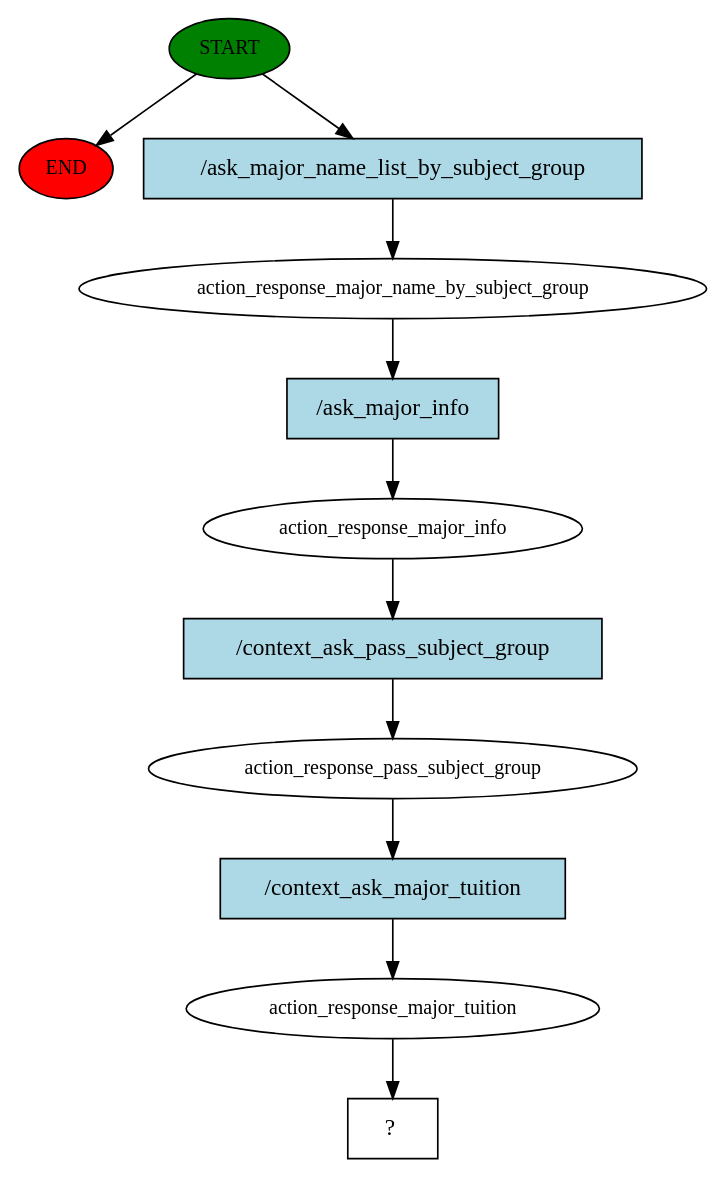
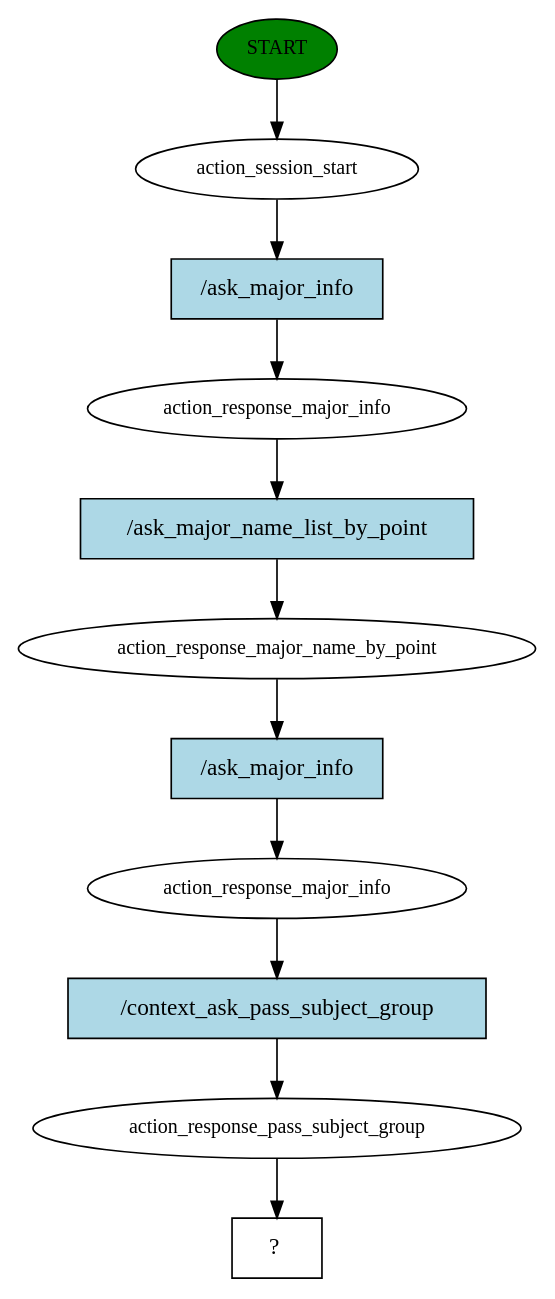
Before and after one commit to Jester6136/Edubot: the diagram in story_graph.dot, drawn with Graphviz. The commit also changed 6 other files, not shown here.

```diff
--- a/story_graph.dot
+++ b/story_graph.dot
@@ -1,23 +1,23 @@
 digraph  {
 0 [class="start active", fillcolor=green, fontsize=12, label=START, style=filled];
-"-1" [class=end, fillcolor=red, fontsize=12, label=END, style=filled];
-1 [class=active, fontsize=12, label=action_response_major_name_by_subject_group];
+1 [class=active, fontsize=12, label=action_session_start];
 2 [class=active, fontsize=12, label=action_response_major_info];
-3 [class=active, fontsize=12, label=action_response_pass_subject_group];
-4 [class=active, fontsize=12, label=action_response_major_tuition];
-5 [class="intent dashed active", label="  ?  ", shape=rect];
-6 [class="intent active", fillcolor=lightblue, label="/ask_major_name_list_by_subject_group", shape=rect, style=filled];
+3 [class=active, fontsize=12, label=action_response_major_name_by_point];
+4 [class=active, fontsize=12, label=action_response_major_info];
+5 [class=active, fontsize=12, label=action_response_pass_subject_group];
+6 [class="intent dashed active", label="  ?  ", shape=rect];
 7 [class="intent active", fillcolor=lightblue, label="/ask_major_info", shape=rect, style=filled];
-8 [class="intent active", fillcolor=lightblue, label="/context_ask_pass_subject_group", shape=rect, style=filled];
-9 [class="intent active", fillcolor=lightblue, label="/context_ask_major_tuition", shape=rect, style=filled];
-0 -> "-1"  [class="", key=NONE, label=""];
-0 -> 6  [class=active, key=0];
+8 [class="intent active", fillcolor=lightblue, label="/ask_major_name_list_by_point", shape=rect, style=filled];
+9 [class="intent active", fillcolor=lightblue, label="/ask_major_info", shape=rect, style=filled];
+10 [class="intent active", fillcolor=lightblue, label="/context_ask_pass_subject_group", shape=rect, style=filled];
+0 -> 1  [class=active, key=NONE, label=""];
 1 -> 7  [class=active, key=0];
 2 -> 8  [class=active, key=0];
 3 -> 9  [class=active, key=0];
-4 -> 5  [class=active, key=NONE, label=""];
-6 -> 1  [class=active, key=0];
+4 -> 10  [class=active, key=0];
+5 -> 6  [class=active, key=NONE, label=""];
 7 -> 2  [class=active, key=0];
 8 -> 3  [class=active, key=0];
 9 -> 4  [class=active, key=0];
+10 -> 5  [class=active, key=0];
 }
```
